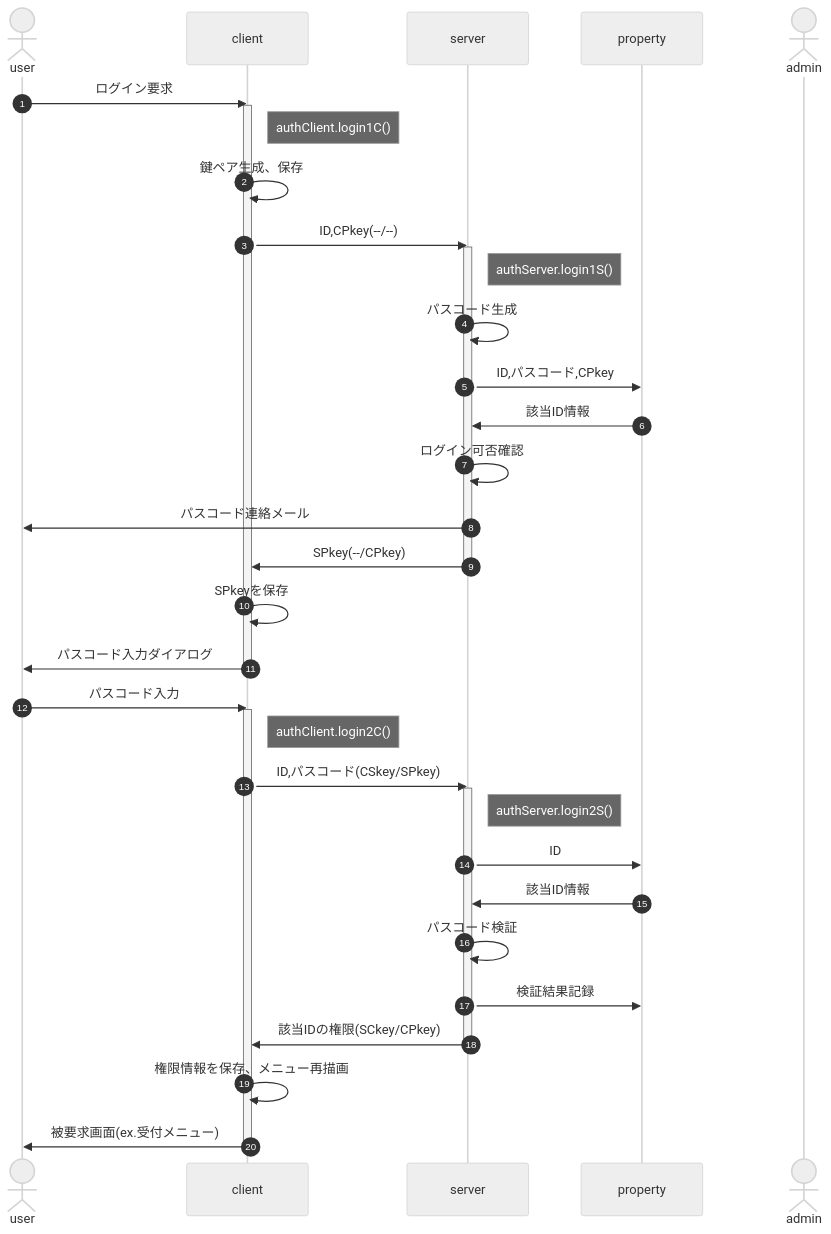
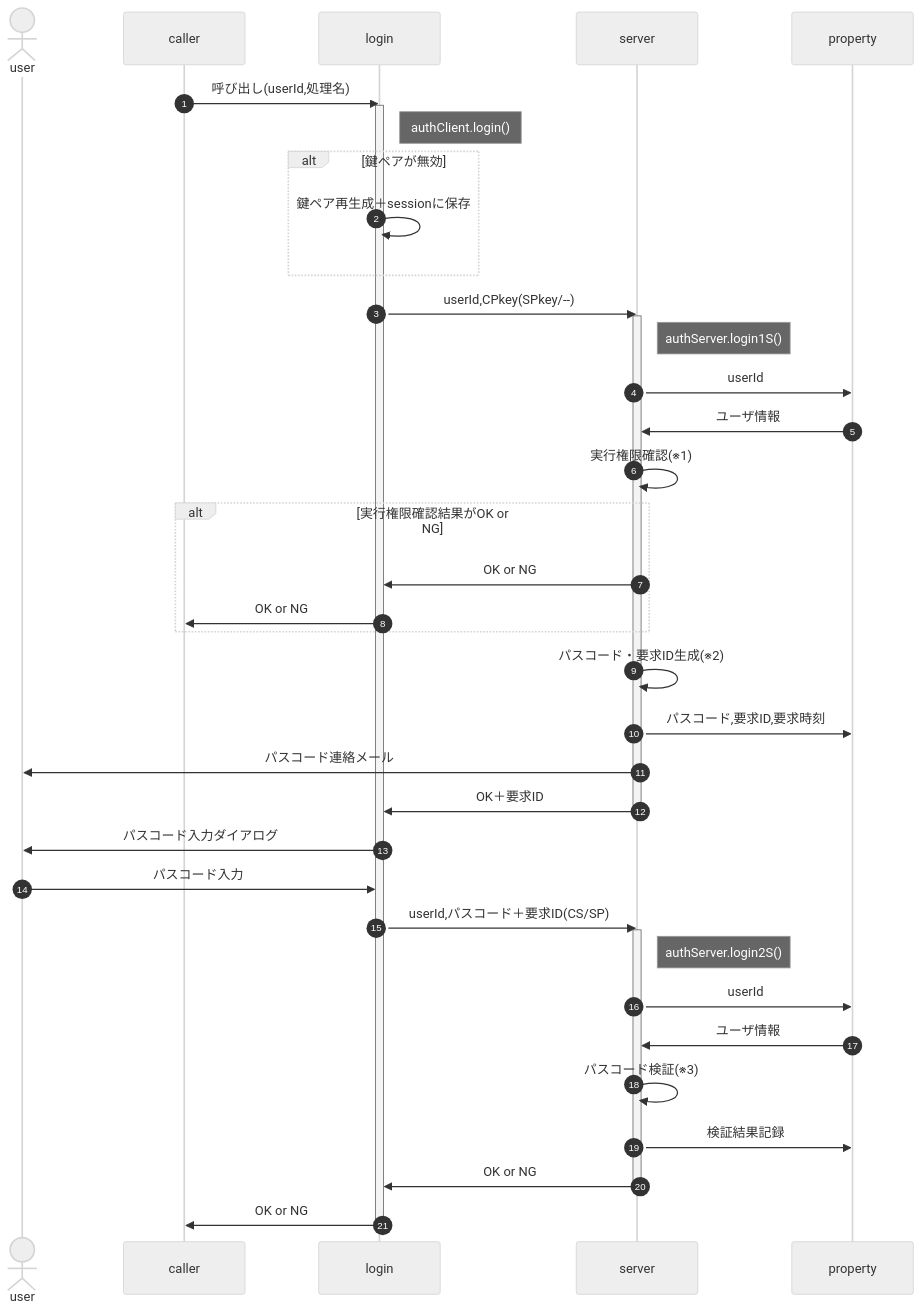
Before and after one commit to nakaone/library: the diagram in Auth/2.0.0/doc/login.md, drawn with Mermaid (neutral theme). The commit also changed other lines of this file and 6 other files, not shown here.

````diff
--- a/Auth/2.0.0/doc/login.md
+++ b/Auth/2.0.0/doc/login.md
@@ -3,42 +3,47 @@
 ```mermaid
 sequenceDiagram
   autonumber
   actor user
-  participant client
+  participant caller
+  participant login
   participant server
   participant property
-  actor admin
 
-  user ->> client : ログイン要求
-  activate client
-  Note right of client : authClient.login1C()
-  client ->> client : 鍵ペア生成、保存
-  client ->> server : ID,CPkey(--/--)
+  caller ->> login : 呼び出し(userId,処理名)
+  activate login
+  Note right of login : authClient.login()
+  alt 鍵ペアが無効
+    login ->> login : 鍵ペア再生成＋sessionに保存
+  end
+
+  login ->> server : userId,CPkey(SPkey/--)
   activate server
   Note right of server : authServer.login1S()
-  server ->> server : パスコード生成
-  server ->> property : ID,パスコード,CPkey
-  property ->> server : 該当ID情報
-  server ->> server : ログイン可否確認
+  server ->> property : userId
+  property ->> server  : ユーザ情報
+  server ->> server : 実行権限確認(※1)
+  alt 実行権限確認結果がOK or NG
+    server ->> login : OK or NG
+    login ->> caller : OK or NG
+  end
+
+  server ->> server : パスコード・要求ID生成(※2)
+  server ->> property : パスコード,要求ID,要求時刻
   server ->> user : パスコード連絡メール
-  server ->> client : SPkey(--/CPkey)
+  server ->> login : OK＋要求ID
   deactivate server
-  client ->> client : SPkeyを保存
-  client ->> user : パスコード入力ダイアログ
-  deactivate client
-  user ->> client : パスコード入力
-  activate client
-  Note right of client : authClient.login2C()
-  client ->> server : ID,パスコード(CSkey/SPkey)
+  login ->> user : パスコード入力ダイアログ
+
+  user ->> login : パスコード入力
+  login ->> server : userId,パスコード＋要求ID(CS/SP)
   activate server
   Note right of server : authServer.login2S()
-  server ->> property : ID
-  property ->> server : 該当ID情報
-  server ->> server : パスコード検証
+  server ->> property : userId
+  property ->> server : ユーザ情報
+  server ->> server : パスコード検証(※3)
   server ->> property : 検証結果記録
-  server ->> client : 該当IDの権限(SCkey/CPkey)
+  server ->> login : OK or NG
   deactivate server
-  client ->> client : 権限情報を保存、メニュー再描画
-  client ->> user : 被要求画面(ex.受付メニュー)
-  deactivate client
+  login ->> caller : OK or NG
+  deactivate login
 ```
````
